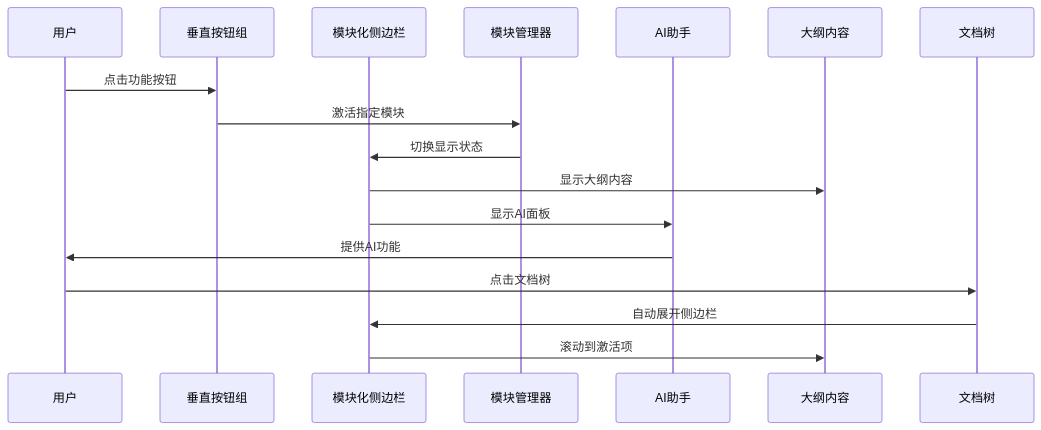
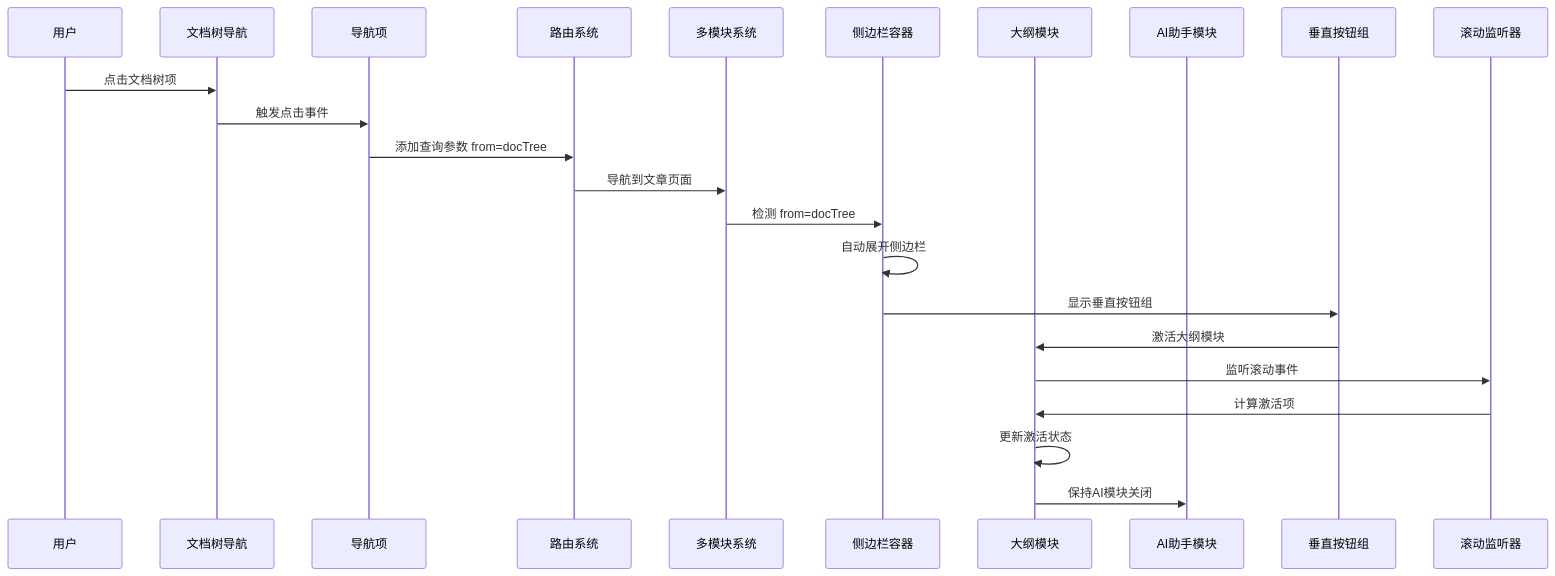
The second of 18 diagrams in .qoder/repowiki/zh/content/Outline System.md (terwer/siyuan-plugin-blog), drawn with Mermaid before and after one commit. The commit also changed other lines of this file and 16 other files, not shown here.

````diff
--- a/.qoder/repowiki/zh/content/Outline System.md
+++ b/.qoder/repowiki/zh/content/Outline System.md
@@ -146,19 +167,25 @@
 ```mermaid
 sequenceDiagram
 participant User as 用户
-participant CollapsedButtons as 垂直按钮组
-participant Sidebar as 模块化侧边栏
-participant ModuleManager as 模块管理器
-participant AIAssistant as AI助手
-participant Outline as 大纲内容
-participant DocTree as 文档树
-User->>CollapsedButtons : 点击功能按钮
-CollapsedButtons->>ModuleManager : 激活指定模块
-ModuleManager->>Sidebar : 切换显示状态
-Sidebar->>Outline : 显示大纲内容
-Sidebar->>AIAssistant : 显示AI面板
-AIAssistant->>User : 提供AI功能
-User->>DocTree : 点击文档树
-DocTree->>Sidebar : 自动展开侧边栏
-Sidebar->>Outline : 滚动到激活项
+participant DocTree as 文档树导航
+participant MenuItem as 导航项
+participant Route as 路由系统
+participant MultiModule as 多模块系统
+participant Sidebar as 侧边栏容器
+participant Outline as 大纲模块
+participant AI as AI助手模块
+participant VerticalButtons as 垂直按钮组
+participant Scroll as 滚动监听器
+User->>DocTree : 点击文档树项
+DocTree->>MenuItem : 触发点击事件
+MenuItem->>Route : 添加查询参数 from=docTree
+Route->>MultiModule : 导航到文章页面
+MultiModule->>Sidebar : 检测 from=docTree
+Sidebar->>Sidebar : 自动展开侧边栏
+Sidebar->>VerticalButtons : 显示垂直按钮组
+VerticalButtons->>Outline : 激活大纲模块
+Outline->>Scroll : 监听滚动事件
+Scroll->>Outline : 计算激活项
+Outline->>Outline : 更新激活状态
+Outline->>AI : 保持AI模块关闭
 ```
````
